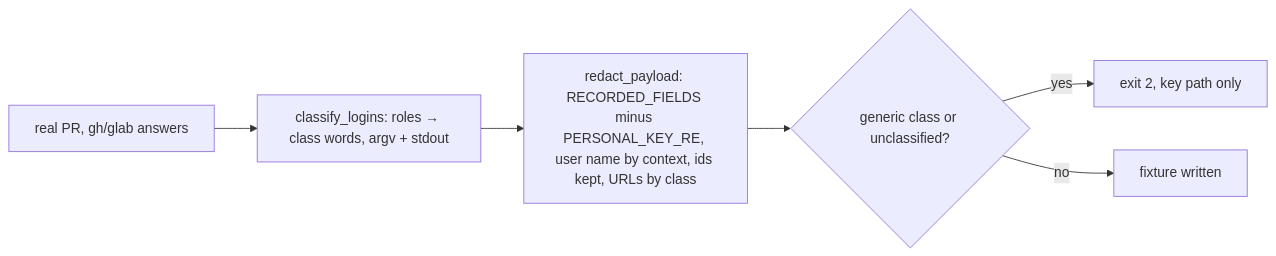
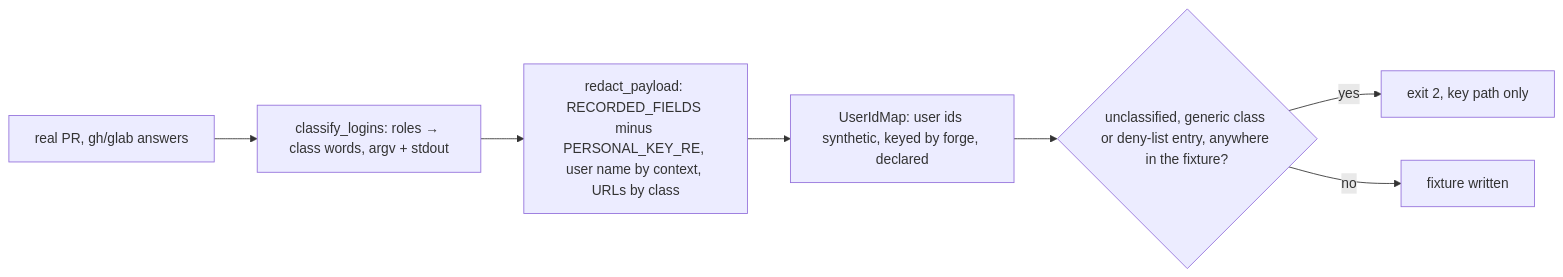
Before and after one commit to repoachhq/repoach: the diagram in docs/specs/2026-11-18_SP-RECORDER-REDACTS-BY-CLASS_the-forge-recorder-writes-class-words-and-drops-names-at-record-time.md, drawn with Mermaid. The commit also changed other lines of this file, not shown here.

````diff
--- a/docs/specs/2026-11-18_SP-RECORDER-REDACTS-BY-CLASS_the-forge-recorder-writes-class-words-and-drops-names-at-record-time.md
+++ b/docs/specs/2026-11-18_SP-RECORDER-REDACTS-BY-CLASS_the-forge-recorder-writes-class-words-and-drops-names-at-record-time.md
@@ -319,8 +501,9 @@
 ```mermaid
 flowchart LR
     P[real PR, gh/glab answers] --> C[classify_logins: roles → class words, argv + stdout]
-    C --> R[redact_payload: RECORDED_FIELDS minus PERSONAL_KEY_RE, user name by context, ids kept, URLs by class]
-    R --> G{generic class or unclassified?}
+    C --> R[redact_payload: RECORDED_FIELDS minus PERSONAL_KEY_RE, user name by context, URLs by class]
+    R --> U[UserIdMap: user ids synthetic, keyed by forge, declared]
+    U --> G{unclassified, generic class or deny-list entry, anywhere in the fixture?}
     G -- yes --> E[exit 2, key path only]
     G -- no --> F[fixture written]
 ```
````
